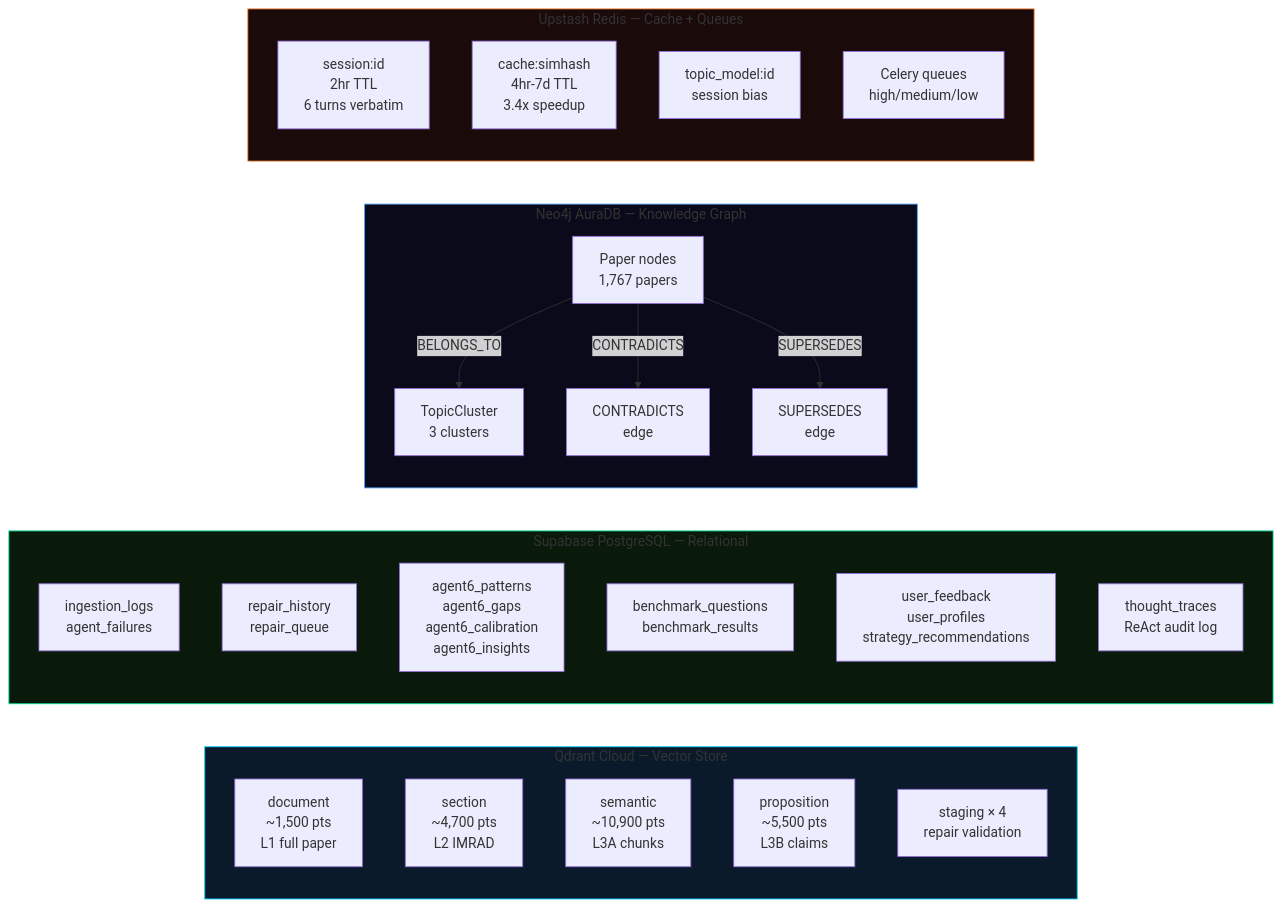
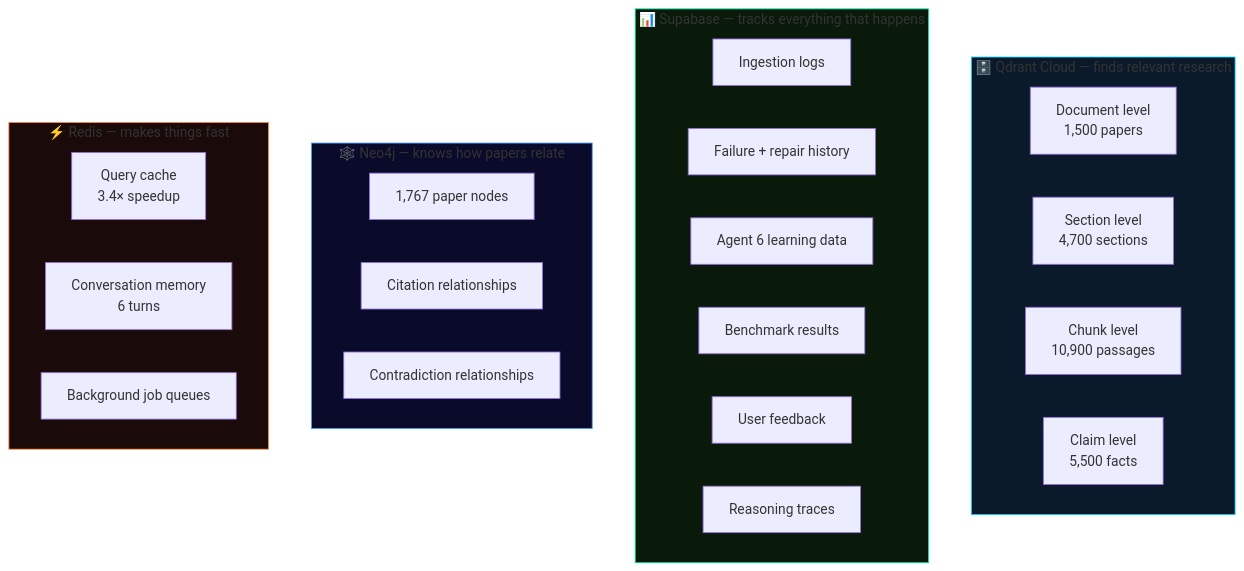
One commit to pavan939111/SelfLearning_Rag changed the seventh of 7 diagrams in README.md. Above: the diagram before and after it, drawn with Mermaid. The commit also changed other lines of this file and 5 other files, not shown here.

````diff
--- a/README.md
+++ b/README.md
@@ -224,41 +254,35 @@
 ```mermaid
-flowchart LR
-    subgraph QDRANT ["Qdrant Cloud — Vector Store"]
-        Q1[document\n~1,500 pts\nL1 full paper]
-        Q2[section\n~4,700 pts\nL2 IMRAD]
-        Q3[semantic\n~10,900 pts\nL3A chunks]
-        Q4[proposition\n~5,500 pts\nL3B claims]
-        Q5[staging × 4\nrepair validation]
+flowchart TB
+    subgraph Q ["🗄️ Qdrant Cloud — finds relevant research"]
+        Q1["Document level\n1,500 papers"]
+        Q2["Section level\n4,700 sections"]
+        Q3["Chunk level\n10,900 passages"]
+        Q4["Claim level\n5,500 facts"]
     end
 
-    subgraph SUPA ["Supabase PostgreSQL — Relational"]
-        S1[ingestion_logs\nagent_failures]
-        S2[repair_history\nrepair_queue]
-        S3[agent6_patterns\nagent6_gaps\nagent6_calibration\nagent6_insights]
-        S4[benchmark_questions\nbenchmark_results]
-        S5[user_feedback\nuser_profiles\nstrategy_recommendations]
-        S6[thought_traces\nReAct audit log]
+    subgraph S ["📊 Supabase — tracks everything that happens"]
+        S1["Ingestion logs"]
+        S2["Failure + repair history"]
+        S3["Agent 6 learning data"]
+        S4["Benchmark results"]
+        S5["User feedback"]
+        S6["Reasoning traces"]
     end
 
-    subgraph NEO ["Neo4j AuraDB — Knowledge Graph"]
-        N1[Paper nodes\n1,767 papers]
-        N2[TopicCluster\n3 clusters]
-        N3[CONTRADICTS\nedge]
-        N4[SUPERSEDES\nedge]
-        N1 -->|BELONGS_TO| N2
-        N1 -->|CONTRADICTS| N3
-        N1 -->|SUPERSEDES| N4
+    subgraph N ["🕸️ Neo4j — knows how papers relate"]
+        N1["1,767 paper nodes"]
+        N2["Citation relationships"]
+        N3["Contradiction relationships"]
     end
 
-    subgraph REDIS ["Upstash Redis — Cache + Queues"]
-        R1[session:id\n2hr TTL\n6 turns verbatim]
-        R2[cache:simhash\n4hr-7d TTL\n3.4x speedup]
-        R3[topic_model:id\nsession bias]
-        R4[Celery queues\nhigh/medium/low]
+    subgraph R ["⚡ Redis — makes things fast"]
+        R1["Query cache\n3.4× speedup"]
+        R2["Conversation memory\n6 turns"]
+        R3["Background job queues"]
     end
 
-    style QDRANT fill:#0a1a2a,stroke:#00d4ff
-    style SUPA fill:#0a1a0a,stroke:#00e5a0
-    style NEO fill:#0a0a1a,stroke:#4a9eff
-    style REDIS fill:#1a0a0a,stroke:#ff8c42
+    style Q fill:#0a1a2a,stroke:#00d4ff
+    style S fill:#0a1a0a,stroke:#00e5a0
+    style N fill:#0a0a2a,stroke:#4a9eff
+    style R fill:#1a0a0a,stroke:#ff8c42
 ```
````
